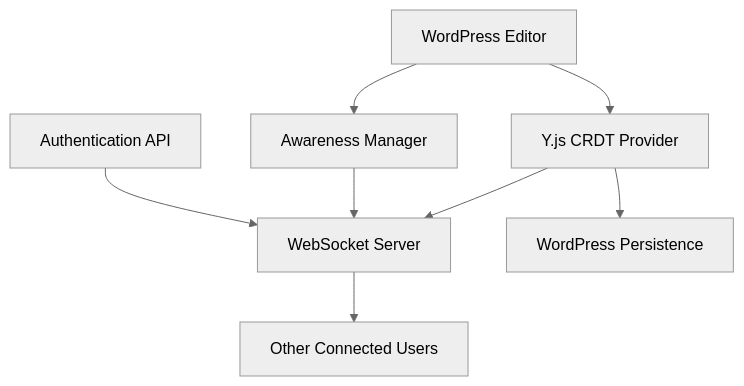
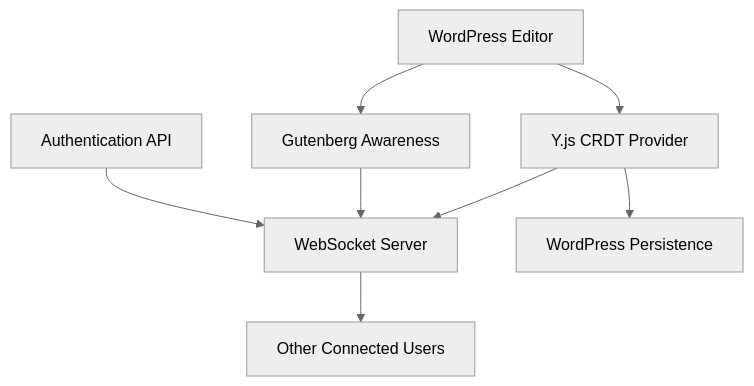
One commit to Automattic/vip-real-time-collaboration changed the first of 6 diagrams in docs/SYSTEM_ARCHITECTURE.md. Above: the diagram before and after it, drawn with Mermaid (neutral theme). The commit also changed other lines of this file and 2 other files, not shown here.

````diff
--- a/docs/SYSTEM_ARCHITECTURE.md
+++ b/docs/SYSTEM_ARCHITECTURE.md
@@ -27,10 +27,10 @@
 ```mermaid
 graph TB
     A[WordPress Editor] --> B[Y.js CRDT Provider]
-    A --> C[Awareness Manager]
+    A --> C[Gutenberg Awareness]
     B --> D[WebSocket Server]
     C --> D
     D --> E[Other Connected Users]
     B --> F[WordPress Persistence]
     G[Authentication API] --> D
 ```
````
